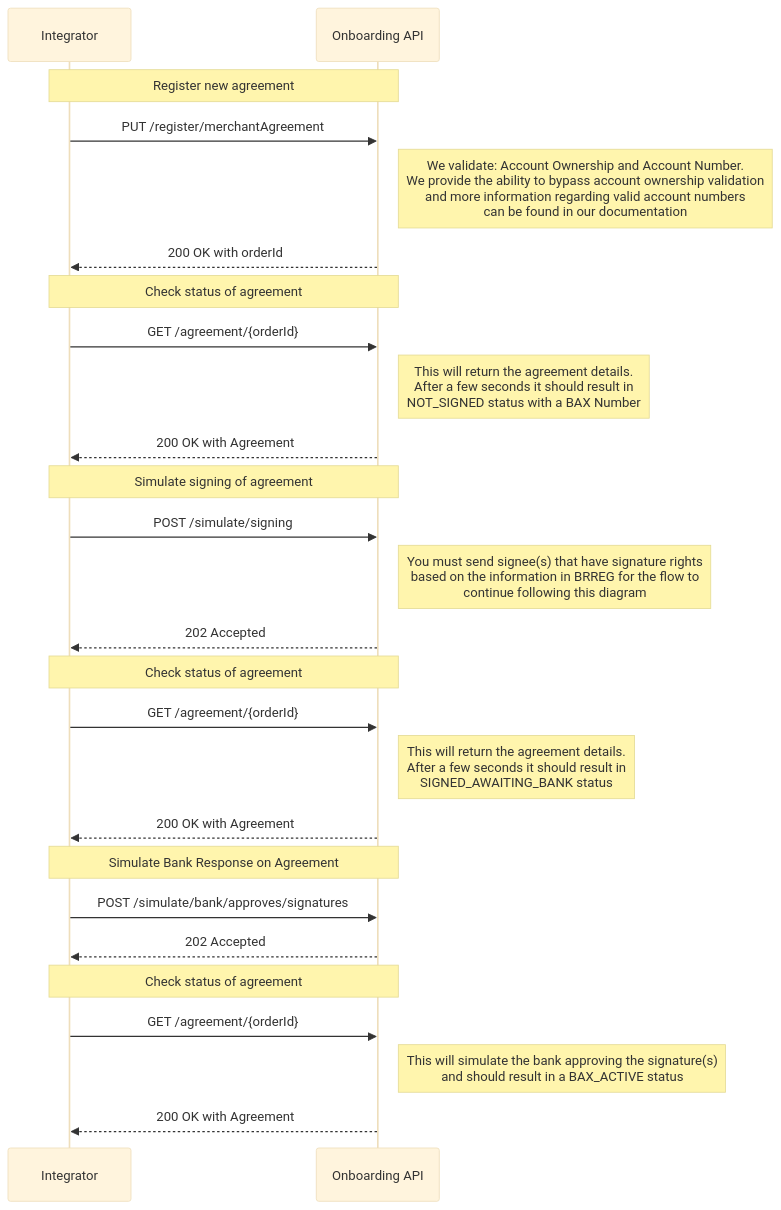
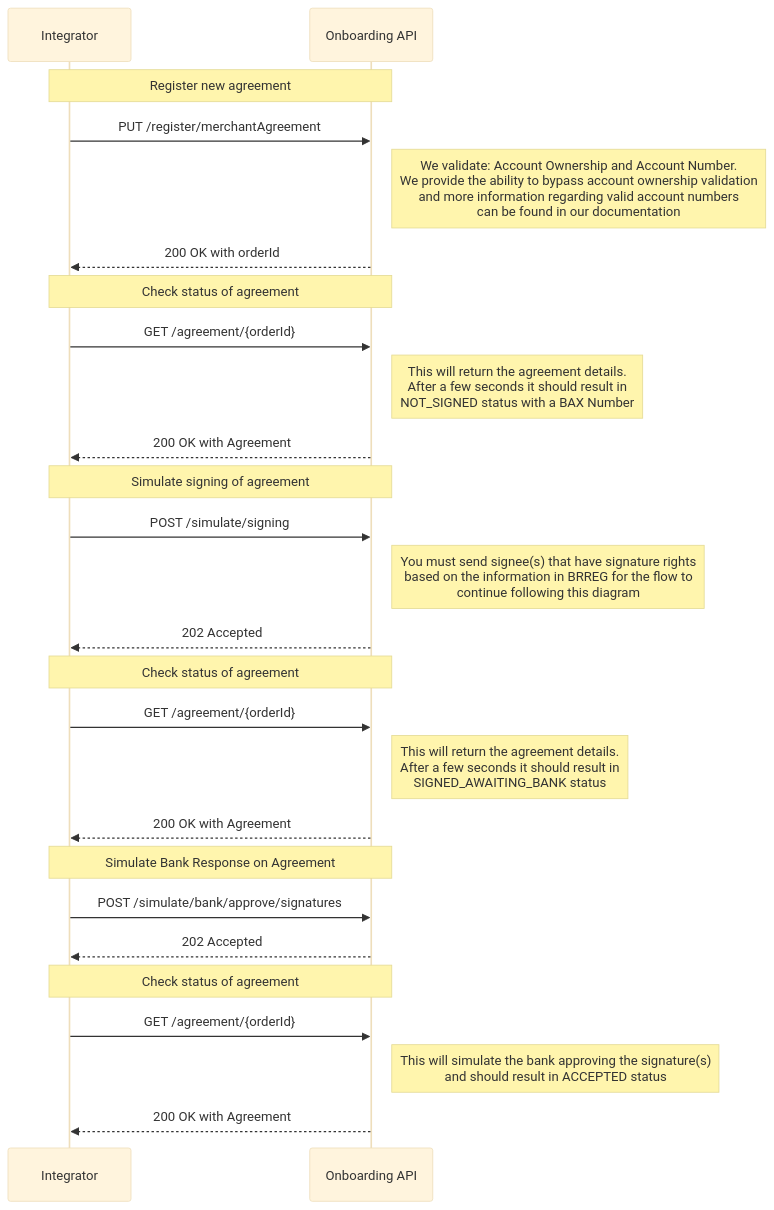
One commit to BankAxept/bankaxept-onboarding-external-documentation changed the second of 3 diagrams in docs/test_flows.md. Above: the diagram before and after it, drawn with Mermaid (base theme). The commit also changed other lines of this file and 3 other files, not shown here.

Commit message:
Fix typo and flow diagrams (#22)

````diff
--- a/docs/test_flows.md
+++ b/docs/test_flows.md
@@ -33,34 +33,34 @@
 ```mermaid
 sequenceDiagram
 participant I as Integrator
 participant O as Onboarding API
 
 note over I, O: Register new agreement
 I ->> O: PUT /register/merchantAgreement
 note right of O: We validate: Account Ownership and Account Number. <br/> We provide the ability to bypass account ownership validation <br/> and more information regarding valid account numbers <br/> can be found in our documentation
 O -->> I: 200 OK with orderId
 
 note over I, O: Check status of agreement
 I ->> O: GET /agreement/{orderId}
 note right of O: This will return the agreement details. <br/> After a few seconds it should result in <br/> NOT_SIGNED status with a BAX Number
 O -->> I: 200 OK with Agreement
 
 note over I, O: Simulate signing of agreement
 I ->> O: POST /simulate/signing
 note right of O: You must send signee(s) that have signature rights <br/> based on the information in BRREG for the flow to <br/> continue following this diagram
 O -->> I: 202 Accepted
 
 note over I, O: Check status of agreement
 I ->> O: GET /agreement/{orderId}
 note right of O: This will return the agreement details. <br/> After a few seconds it should result in <br/> SIGNED_AWAITING_BANK status
 O -->> I: 200 OK with Agreement
 
 note over I, O: Simulate Bank Response on Agreement
-I ->> O: POST /simulate/bank/approves/signatures
+I ->> O: POST /simulate/bank/approve/signatures
 O -->> I: 202 Accepted
 
 note over I, O: Check status of agreement
 I ->> O: GET /agreement/{orderId}
-note right of O: This will simulate the bank approving the signature(s) <br/> and should result in a BAX_ACTIVE status
+note right of O: This will simulate the bank approving the signature(s) <br/> and should result in ACCEPTED status
 O -->> I: 200 OK with Agreement
 ```
````
